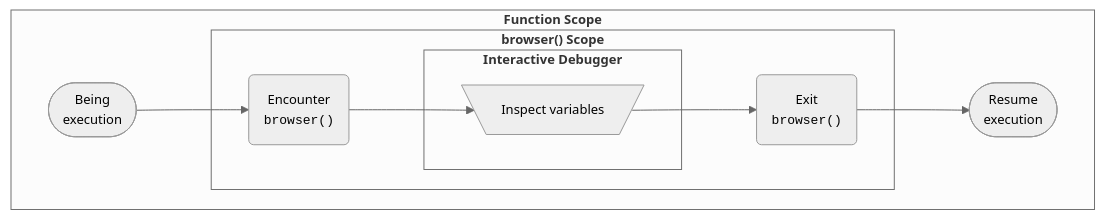
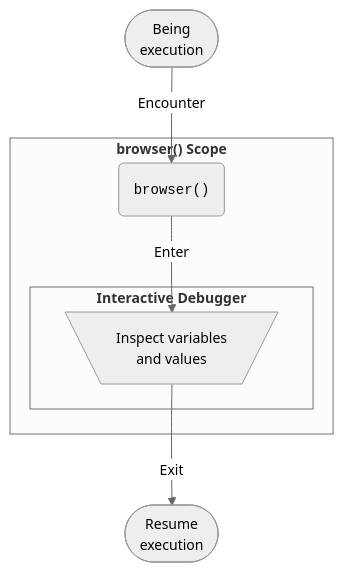
One commit to mjfrigaard/shiny-app-pkgs changed the second of 3 diagrams in debugger.qmd. Above: the diagram before and after it, drawn with Mermaid. The commit also changed other lines of this file and 11 other files, not shown here.

````diff
--- a/debugger.qmd
+++ b/debugger.qmd
@@ -145,36 +145,30 @@
 ```{mermaid}
 %%| fig-cap: 'How `browser()` works in regular R function'
 %%| fig-align: center
-%%{init: {'theme': 'neutral', 'themeVariables': { 'fontFamily': 'monospace', "fontSize":"13px"}}}%%
+%%{init: {'theme': 'neutral', 'themeVariables': { 'fontFamily': 'monospace', "fontSize":"14px"}}}%%
 flowchart TD
-    subgraph Function["<strong>Function Scope</strong>"]
-        Running(["Being<br>execution"])
-        Running --> Encounter
-        
-        subgraph BrowserStep["<strong>browser() Scope<strong>"]
-            Encounter("Encounter<br><code>browser()</code>") --> Step
-            
-            subgraph Debugger["<strong>Interactive Debugger</strong>"]
-                Step[\"Inspect variables"/]
-            end
-            Step --> ExitBrowser("Exit <br><code>browser()</code>")
-            
+        Running(["Being<br>execution"]) 
+            subgraph Browse["<strong>browser() Scope</strong>"]
+                Browser("<code>browser()</code>")
+                subgraph Debugger["<strong>Interactive Debugger</strong>"]
+                 Step[\"Inspect variables<br>and values"/]
+                end
         end
-        ExitBrowser --> Resume(["Resume<br>execution"])
-        
-    end
+        Resume(["Resume<br>execution"])
+
+Running -->|"Encounter"| Browser --> |"Enter"|Step -->|"Exit"|Resume
     
     %% subgraphs
     %% style Function fill:#FFF,color:#000,stroke:#333,font-size:14px %%
     %% style BrowserStep stroke:#4CBB9D,color:#000,stroke-width:3px,rx:10,ry:10,font-size:14px  %%
     %% style Debugger fill:#F8F8FA,color:#000,stroke:#4CB7DB,stroke-width:3px,rx:10,ry:10,font-size:14px %%
     
     %% nodes 
     %% style Running fill:#FFF,color:#000,stroke:#333,rx:10,ry:10,font-size:14px %%
     %% style Encounter fill:#4CBB9D,color:#FFFFFF,stroke:none,rx:10,ry:10,font-size:14px %%
     %% style Step1 fill:#4CB7DB,color:#000,stroke:none,rx:15,ry:15,font-size:14px %%
     %% style Step2 fill:#4CB7DB,color:#000,stroke:none,rx:10,ry:10,font-size:14px %%
     %% style ExitBrowser fill:#4CBB9D,color:#FFFFFF,stroke:none,rx:20,ry:10,font-size:14px %%
     %% style Resume fill:#FFF,color:#000,stroke:#333,rx:10,ry:10,font-size:14px %%
     
 ```
````
